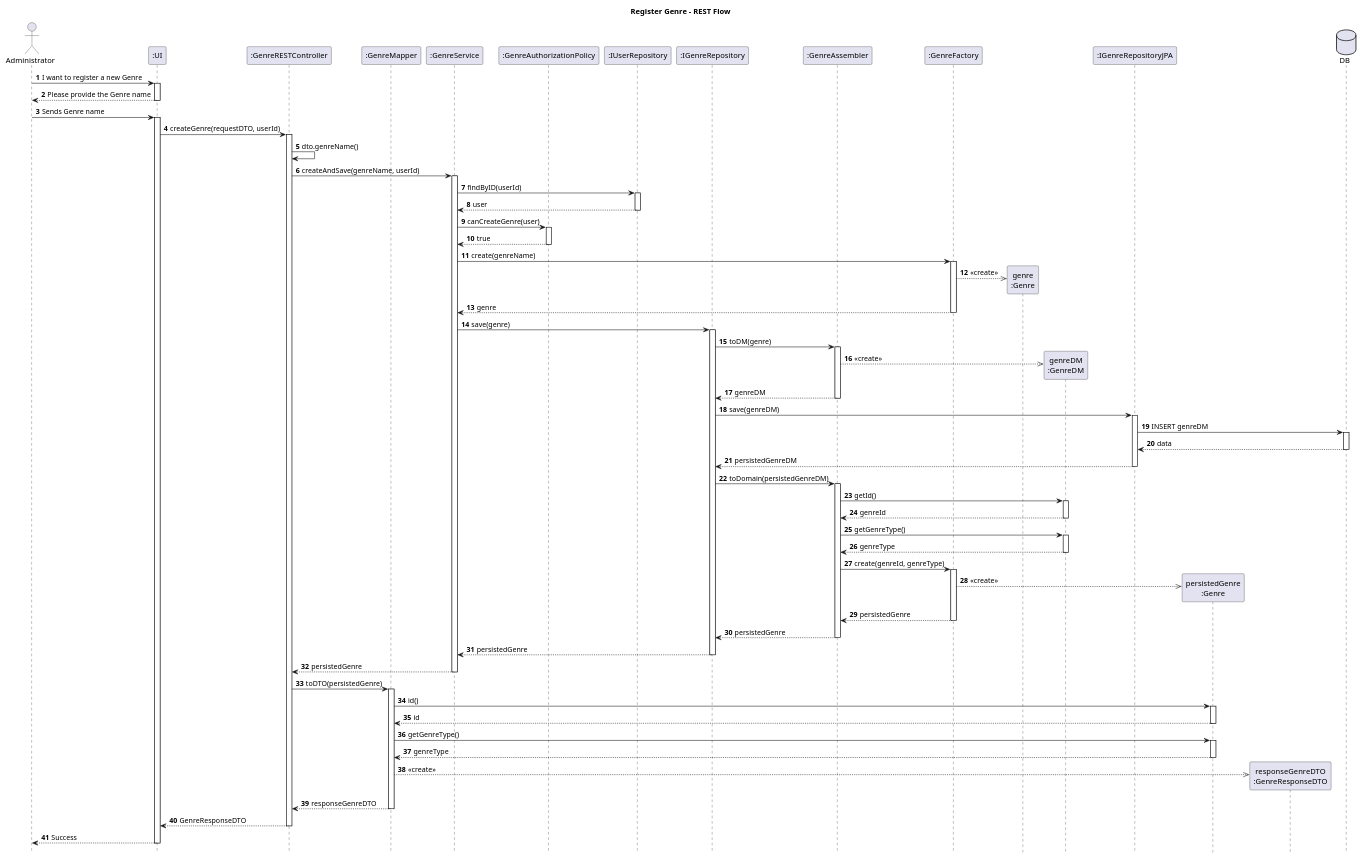
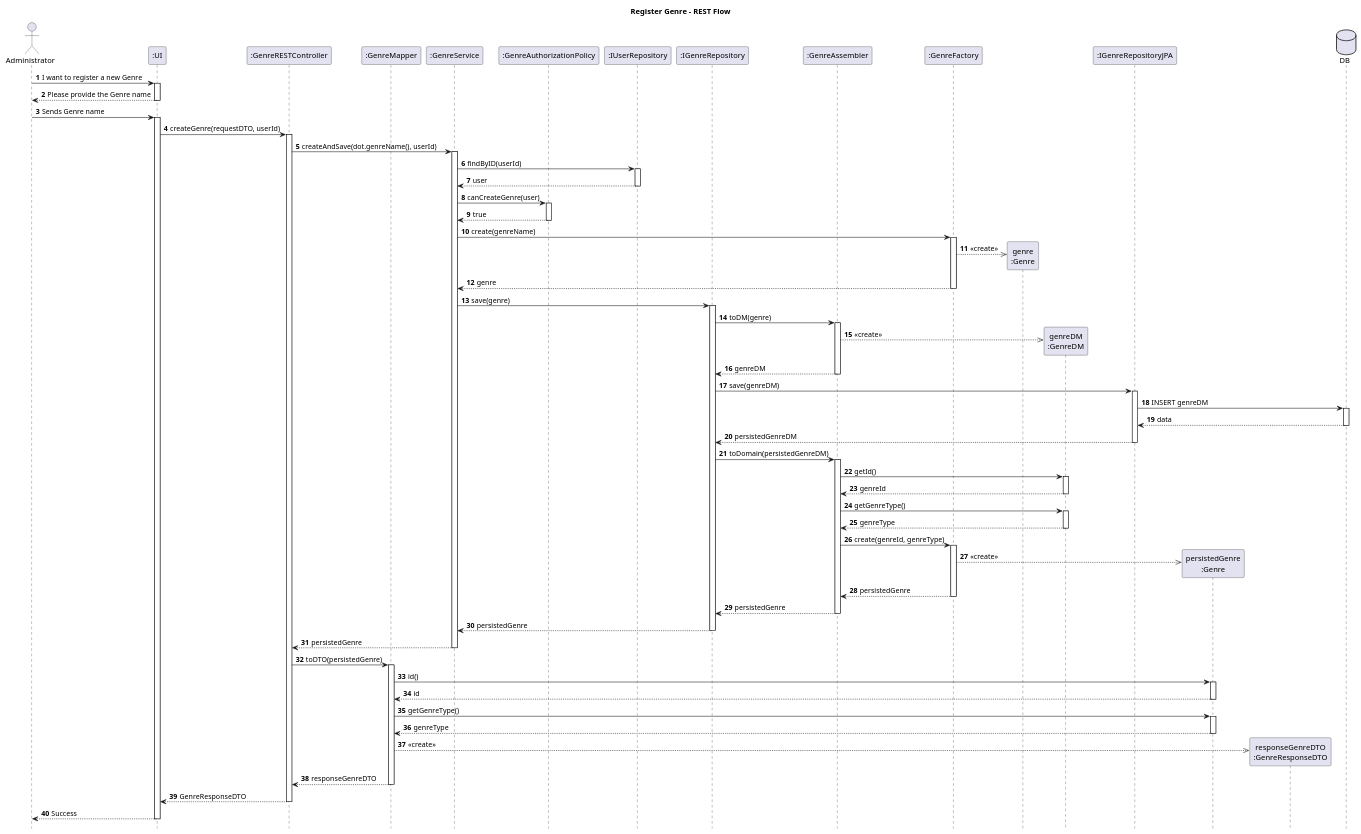
The diagram in Diagrams/SequenceDiagrams/Sprint6/Genre/post-genre.puml (AndrePereiraGitH/SWitCH-Project-Team_A), drawn with PlantUML before and after one commit. The commit also changed 8 other files, not shown here.

```diff
--- a/Diagrams/SequenceDiagrams/Sprint6/Genre/post-genre.puml
+++ b/Diagrams/SequenceDiagrams/Sprint6/Genre/post-genre.puml
@@ -1,179 +1,177 @@
 @startuml
 
 hide footbox
 autonumber
 title Register Genre - REST Flow
 
 actor Administrator
 
 participant ":UI" as UI
 
 participant ":GenreRESTController" as Controller
 participant ":GenreMapper" as GenreMapper
 
 participant ":GenreService" as Service
 participant ":GenreAuthorizationPolicy" as Policy
 participant ":IUserRepository" as UserRepo
 
 participant ":IGenreRepository" as GenreRepo
 participant ":GenreAssembler" as GenreAssembler
 participant ":GenreFactory" as GenreFactory
 
 participant "genre\n:Genre" as Genre
 participant "genreDM\n:GenreDM" as GenreDM
 
 participant ":IGenreRepositoryJPA" as RepoJPA
 
 participant "persistedGenre\n:Genre" as PersistedGenre
 
 participant "responseGenreDTO\n:GenreResponseDTO" as ResponseDTO
 
 database "DB" as DB
 
 
 ' =========================
 ' USER INTERACTION
 ' =========================
 Administrator -> UI : I want to register a new Genre
 activate UI
 
 UI --> Administrator : Please provide the Genre name
 deactivate UI
 
 Administrator -> UI : Sends Genre name
 activate UI
 
 ' =========================
 ' CONTROLLER
 ' =========================
 UI -> Controller : createGenre(requestDTO, userId)
 activate Controller
 
-Controller -> Controller : dto.genreName()
-
 ' =========================
 ' SERVICE ENTRY
 ' =========================
-Controller -> Service : createAndSave(genreName, userId)
+Controller -> Service : createAndSave(dot.genreName(), userId)
 activate Service
 
 ' =========================
 ' AUTHORIZATION
 ' =========================
 Service -> UserRepo : findByID(userId)
 activate UserRepo
 
 UserRepo --> Service : user
 deactivate UserRepo
 
 Service -> Policy : canCreateGenre(user)
 activate Policy
 
 Policy --> Service : true
 deactivate Policy
 
 ' =========================
 ' CREATE DOMAIN
 ' =========================
 Service -> GenreFactory : create(genreName)
 activate GenreFactory
 
 GenreFactory -->> Genre ** : <<create>>
 GenreFactory --> Service : genre
 
 deactivate GenreFactory
 
 
 ' =========================
 ' SAVE
 ' =========================
 Service -> GenreRepo : save(genre)
 activate GenreRepo
 
 GenreRepo -> GenreAssembler : toDM(genre)
 activate GenreAssembler
 
 GenreAssembler -->> GenreDM ** : <<create>>
 
 GenreAssembler --> GenreRepo : genreDM
 deactivate GenreAssembler
 
 GenreRepo -> RepoJPA : save(genreDM)
 activate RepoJPA
 
 RepoJPA -> DB : INSERT genreDM
 activate DB
 
 DB --> RepoJPA : data
 deactivate DB
 
 RepoJPA --> GenreRepo : persistedGenreDM
 deactivate RepoJPA
 
 ' =========================
 ' REBUILD DOMAIN
 ' =========================
 GenreRepo -> GenreAssembler : toDomain(persistedGenreDM)
 activate GenreAssembler
 
 GenreAssembler -> GenreDM : getId()
 activate GenreDM
 
 GenreDM --> GenreAssembler : genreId
 deactivate GenreDM
 
 GenreAssembler -> GenreDM : getGenreType()
 activate GenreDM
 
 GenreDM --> GenreAssembler : genreType
 deactivate GenreDM
 
 GenreAssembler -> GenreFactory : create(genreId, genreType)
 activate GenreFactory
 
 GenreFactory -->> PersistedGenre ** : <<create>>
 GenreFactory --> GenreAssembler : persistedGenre
 deactivate GenreFactory
 
 GenreAssembler --> GenreRepo : persistedGenre
 deactivate GenreAssembler
 
 GenreRepo --> Service : persistedGenre
 deactivate GenreRepo
 
 ' =========================
 ' RESPONSE DTO
 ' =========================
 Service --> Controller : persistedGenre
 
 deactivate Service
 
 Controller -> GenreMapper : toDTO(persistedGenre)
 activate GenreMapper
 
 GenreMapper -> PersistedGenre : id()
 activate PersistedGenre
 
 PersistedGenre --> GenreMapper : id
 deactivate PersistedGenre
 
 GenreMapper -> PersistedGenre : getGenreType()
 activate PersistedGenre
 
 PersistedGenre --> GenreMapper : genreType
 deactivate PersistedGenre
 
 GenreMapper -->> ResponseDTO ** : <<create>>
 GenreMapper --> Controller : responseGenreDTO
 deactivate GenreMapper
 
 ' =========================
 ' RESPONSE
 ' =========================
 Controller --> UI : GenreResponseDTO
 deactivate Controller
 
 UI --> Administrator : Success
 deactivate UI
 
 @enduml
```
